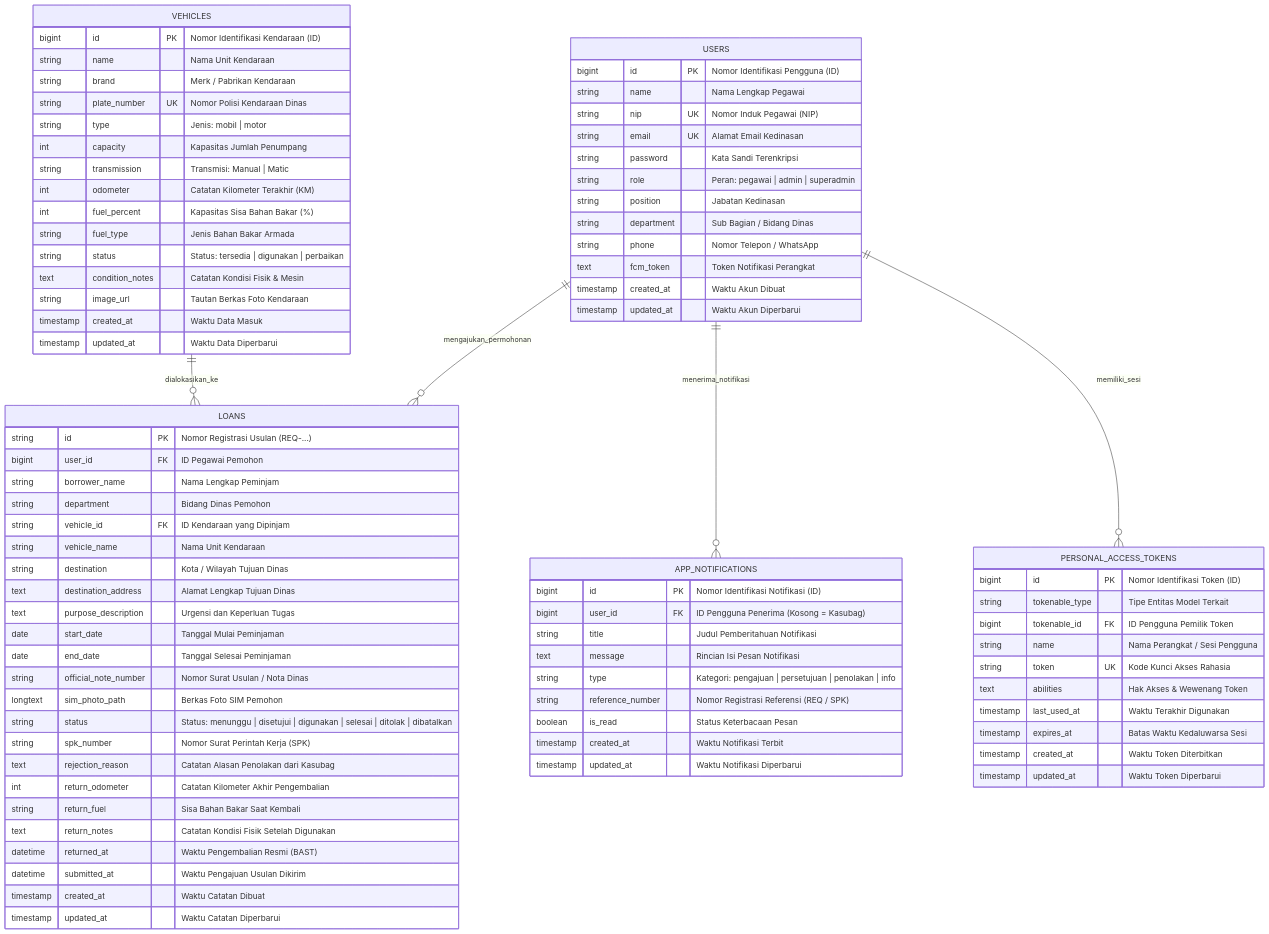
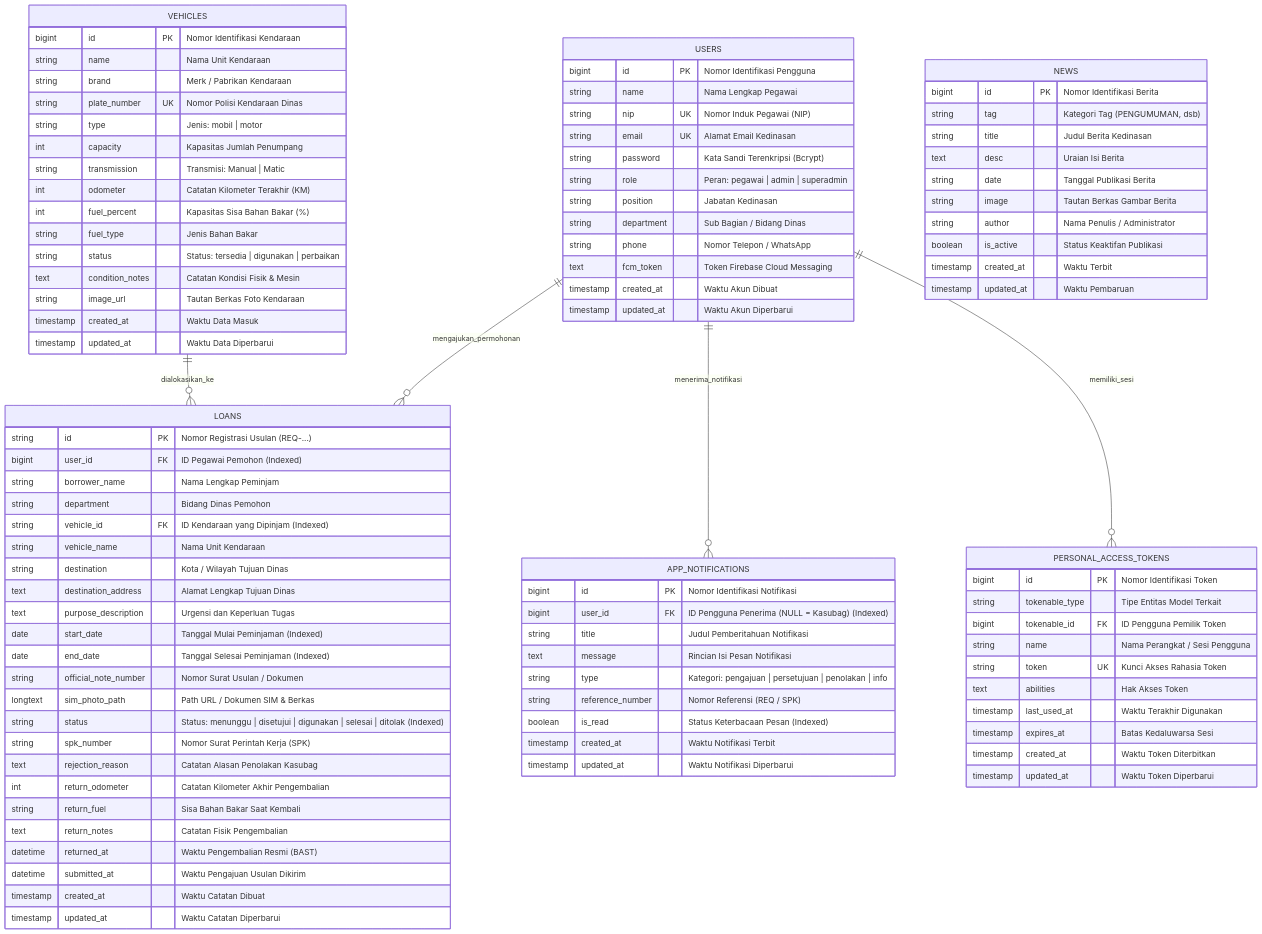
Before and after one commit to ahdewa/Sip-k: the third of 3 diagrams in README.md, drawn with Mermaid. The commit also changed other lines of this file, not shown here.

```diff
--- a/README.md
+++ b/README.md
@@ -240,24 +287,36 @@
     VEHICLES ||--o{ LOANS : "dialokasikan_ke"
     USERS ||--o{ APP_NOTIFICATIONS : "menerima_notifikasi"
     USERS ||--o{ PERSONAL_ACCESS_TOKENS : "memiliki_sesi"
+    NEWS {
+        bigint id PK "Nomor Identifikasi Berita"
+        string tag "Kategori Tag (PENGUMUMAN, dsb)"
+        string title "Judul Berita Kedinasan"
+        text desc "Uraian Isi Berita"
+        string date "Tanggal Publikasi Berita"
+        string image "Tautan Berkas Gambar Berita"
+        string author "Nama Penulis / Administrator"
+        boolean is_active "Status Keaktifan Publikasi"
+        timestamp created_at "Waktu Terbit"
+        timestamp updated_at "Waktu Pembaruan"
+    }
 
     USERS {
-        bigint id PK "Nomor Identifikasi Pengguna (ID)"
+        bigint id PK "Nomor Identifikasi Pengguna"
         string name "Nama Lengkap Pegawai"
         string nip UK "Nomor Induk Pegawai (NIP)"
         string email UK "Alamat Email Kedinasan"
-        string password "Kata Sandi Terenkripsi"
+        string password "Kata Sandi Terenkripsi (Bcrypt)"
         string role "Peran: pegawai | admin | superadmin"
         string position "Jabatan Kedinasan"
         string department "Sub Bagian / Bidang Dinas"
         string phone "Nomor Telepon / WhatsApp"
-        text fcm_token "Token Notifikasi Perangkat"
+        text fcm_token "Token Firebase Cloud Messaging"
         timestamp created_at "Waktu Akun Dibuat"
         timestamp updated_at "Waktu Akun Diperbarui"
     }
 
     VEHICLES {
-        bigint id PK "Nomor Identifikasi Kendaraan (ID)"
+        bigint id PK "Nomor Identifikasi Kendaraan"
         string name "Nama Unit Kendaraan"
         string brand "Merk / Pabrikan Kendaraan"
         string plate_number UK "Nomor Polisi Kendaraan Dinas"
@@ -266,7 +325,7 @@
         string transmission "Transmisi: Manual | Matic"
         int odometer "Catatan Kilometer Terakhir (KM)"
         int fuel_percent "Kapasitas Sisa Bahan Bakar (%)"
-        string fuel_type "Jenis Bahan Bakar Armada"
+        string fuel_type "Jenis Bahan Bakar"
         string status "Status: tersedia | digunakan | perbaikan"
         text condition_notes "Catatan Kondisi Fisik & Mesin"
         string image_url "Tautan Berkas Foto Kendaraan"
@@ -276,24 +335,24 @@
 
     LOANS {
         string id PK "Nomor Registrasi Usulan (REQ-...)"
-        bigint user_id FK "ID Pegawai Pemohon"
+        bigint user_id FK "ID Pegawai Pemohon (Indexed)"
         string borrower_name "Nama Lengkap Peminjam"
         string department "Bidang Dinas Pemohon"
-        string vehicle_id FK "ID Kendaraan yang Dipinjam"
+        string vehicle_id FK "ID Kendaraan yang Dipinjam (Indexed)"
         string vehicle_name "Nama Unit Kendaraan"
         string destination "Kota / Wilayah Tujuan Dinas"
         text destination_address "Alamat Lengkap Tujuan Dinas"
         text purpose_description "Urgensi dan Keperluan Tugas"
-        date start_date "Tanggal Mulai Peminjaman"
-        date end_date "Tanggal Selesai Peminjaman"
-        string official_note_number "Nomor Surat Usulan / Nota Dinas"
-        longtext sim_photo_path "Berkas Foto SIM Pemohon"
-        string status "Status: menunggu | disetujui | digunakan | selesai | ditolak | dibatalkan"
+        date start_date "Tanggal Mulai Peminjaman (Indexed)"
+        date end_date "Tanggal Selesai Peminjaman (Indexed)"
+        string official_note_number "Nomor Surat Usulan / Dokumen"
+        longtext sim_photo_path "Path URL / Dokumen SIM & Berkas"
+        string status "Status: menunggu | disetujui | digunakan | selesai | ditolak (Indexed)"
         string spk_number "Nomor Surat Perintah Kerja (SPK)"
-        text rejection_reason "Catatan Alasan Penolakan dari Kasubag"
+        text rejection_reason "Catatan Alasan Penolakan Kasubag"
         int return_odometer "Catatan Kilometer Akhir Pengembalian"
         string return_fuel "Sisa Bahan Bakar Saat Kembali"
-        text return_notes "Catatan Kondisi Fisik Setelah Digunakan"
+        text return_notes "Catatan Fisik Pengembalian"
         datetime returned_at "Waktu Pengembalian Resmi (BAST)"
         datetime submitted_at "Waktu Pengajuan Usulan Dikirim"
         timestamp created_at "Waktu Catatan Dibuat"
@@ -301,26 +360,26 @@
     }
 
     APP_NOTIFICATIONS {
-        bigint id PK "Nomor Identifikasi Notifikasi (ID)"
-        bigint user_id FK "ID Pengguna Penerima (Kosong = Kasubag)"
+        bigint id PK "Nomor Identifikasi Notifikasi"
+        bigint user_id FK "ID Pengguna Penerima (NULL = Kasubag) (Indexed)"
         string title "Judul Pemberitahuan Notifikasi"
         text message "Rincian Isi Pesan Notifikasi"
         string type "Kategori: pengajuan | persetujuan | penolakan | info"
-        string reference_number "Nomor Registrasi Referensi (REQ / SPK)"
-        boolean is_read "Status Keterbacaan Pesan"
+        string reference_number "Nomor Referensi (REQ / SPK)"
+        boolean is_read "Status Keterbacaan Pesan (Indexed)"
         timestamp created_at "Waktu Notifikasi Terbit"
         timestamp updated_at "Waktu Notifikasi Diperbarui"
     }
 
     PERSONAL_ACCESS_TOKENS {
-        bigint id PK "Nomor Identifikasi Token (ID)"
+        bigint id PK "Nomor Identifikasi Token"
         string tokenable_type "Tipe Entitas Model Terkait"
         bigint tokenable_id FK "ID Pengguna Pemilik Token"
         string name "Nama Perangkat / Sesi Pengguna"
-        string token UK "Kode Kunci Akses Rahasia"
-        text abilities "Hak Akses & Wewenang Token"
+        string token UK "Kunci Akses Rahasia Token"
+        text abilities "Hak Akses Token"
         timestamp last_used_at "Waktu Terakhir Digunakan"
-        timestamp expires_at "Batas Waktu Kedaluwarsa Sesi"
+        timestamp expires_at "Batas Kedaluwarsa Sesi"
         timestamp created_at "Waktu Token Diterbitkan"
         timestamp updated_at "Waktu Token Diperbarui"
     }
```
